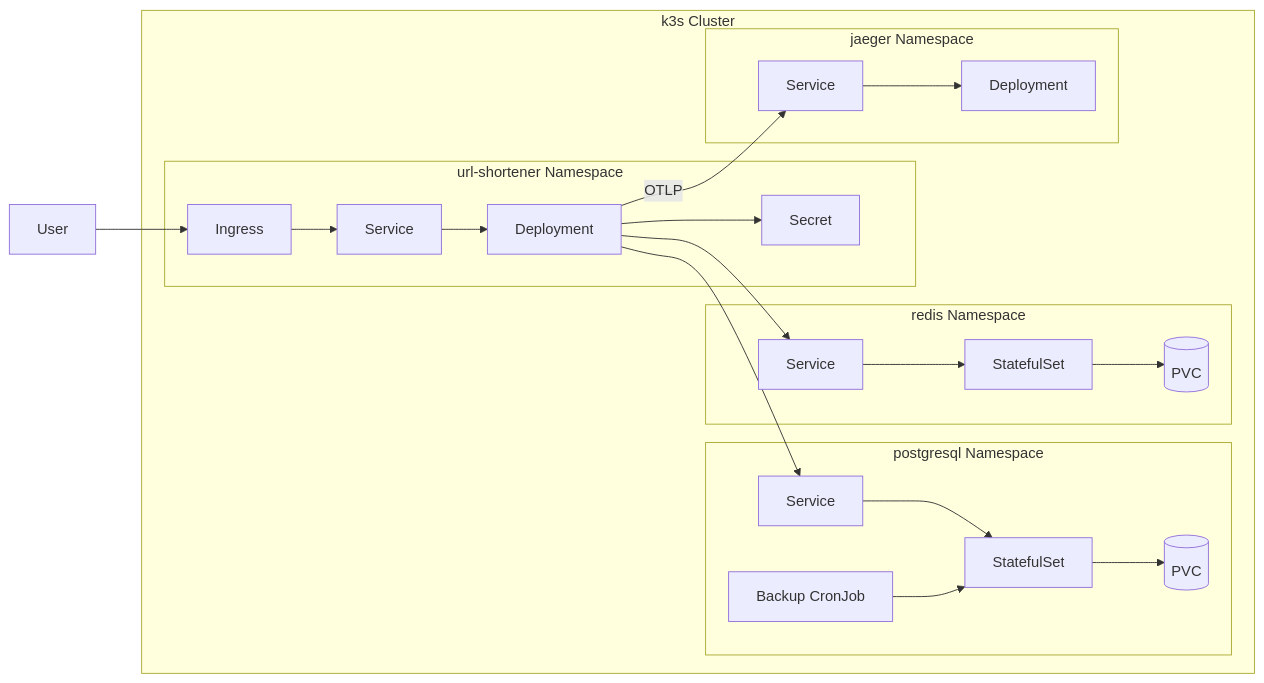
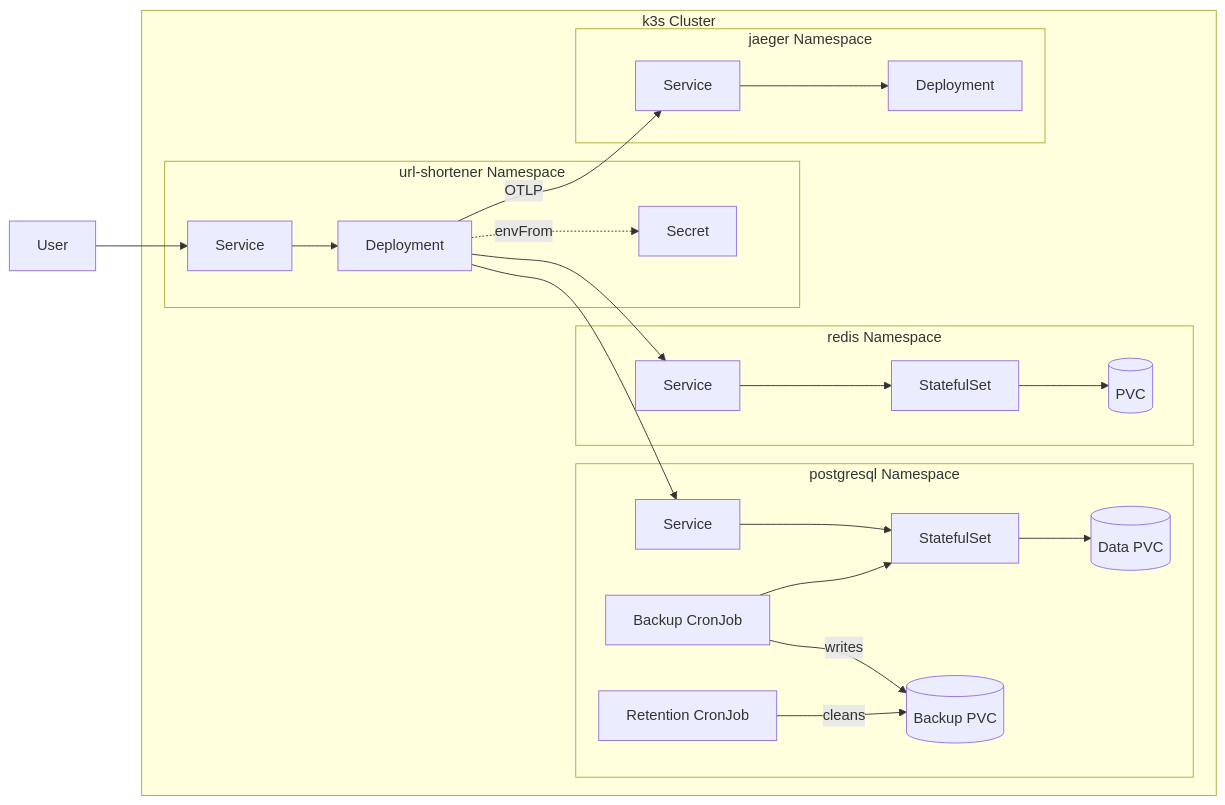
One commit to recepgunes1/Url-Shortener changed the second of 4 diagrams in MERMAIDS.md. Above: the diagram before and after it, drawn with Mermaid. The commit also changed 10 other files, not shown here.

Commit message:
add postgre backup retention, improve diagrams

````diff
--- a/MERMAIDS.md
+++ b/MERMAIDS.md
@@ -46,39 +46,42 @@
 ```mermaid
 flowchart LR
- subgraph K8s["k3s Cluster"]
-   subgraph AppNS["url-shortener Namespace"]
-        A[Deployment]
-        B[Service]
-        C[Ingress]
-        D[Secret]
+  subgraph K8s["k3s Cluster"]
+    subgraph AppNS["url-shortener Namespace"]
+      A[Deployment]
+      B[Service]
+      D[Secret]
     end
-   subgraph PGNS["postgresql Namespace"]
-        E[StatefulSet]
-        F[Service]
-        G[(PVC)]
-        H[Backup CronJob]
+    subgraph PGNS["postgresql Namespace"]
+      E[StatefulSet]
+      F[Service]
+      G[(Data PVC)]
+      G2[(Backup PVC)]
+      H[Backup CronJob]
+      H2[Retention CronJob]
     end
-   subgraph RedisNS["redis Namespace"]
-        I[StatefulSet]
-        J[Service]
-        K[(PVC)]
+    subgraph RedisNS["redis Namespace"]
+      I[StatefulSet]
+      J[Service]
+      K[(PVC)]
     end
-   subgraph JaegerNS["jaeger Namespace"]
-        L[Deployment]
-        M[Service]
+    subgraph JaegerNS["jaeger Namespace"]
+      L[Deployment]
+      M[Service]
     end
   end
-    U[User] --> C
-    C --> B
-    B --> A
-    A --> D
-    A --> F
-    A --> J
-    A -->|OTLP| M
-    F --> E
-    E --> G
-    H --> E
-    J --> I
-    I --> K
-    M --> L
+
+  U[User] --> B
+  B --> A
+  A -.->|envFrom| D
+  A --> F
+  A --> J
+  A -->|OTLP| M
+  F --> E
+  E --> G
+  H --> E
+  H -->|writes| G2
+  H2 -->|cleans| G2
+  J --> I
+  I --> K
+  M --> L
 ```
````
